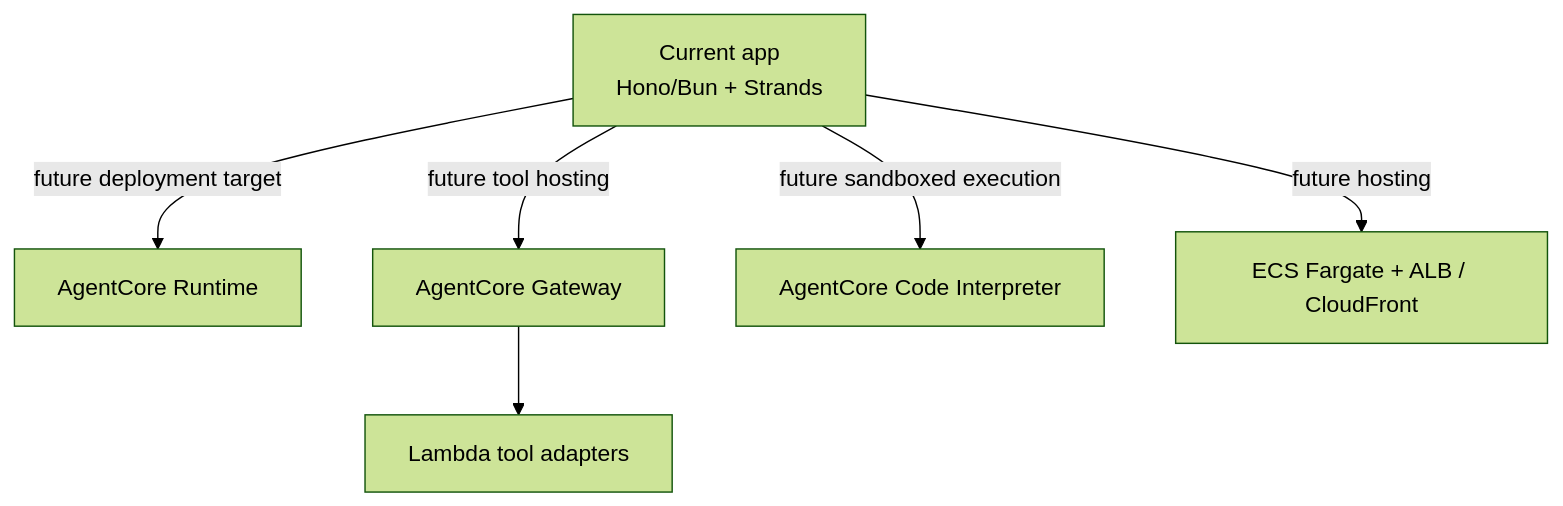
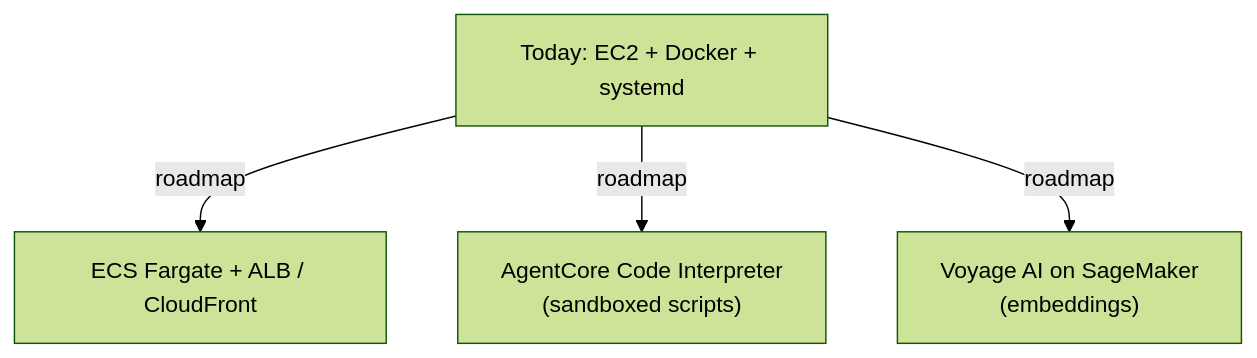
Before and after one commit to mongodb-partners/Multi-Agent-Architectural-Guidance-Bedrock-AgentCore: the third of 4 diagrams in docs/client/technical-approach.md, drawn with Mermaid (forest theme). The commit also changed other lines of this file and 223 other files, not shown here.

````diff
--- a/docs/client/technical-approach.md
+++ b/docs/client/technical-approach.md
@@ -74,8 +75,6 @@
 ```mermaid
 flowchart TD
-    CurrentApp["Current app\nHono/Bun + Strands"] -->|"future deployment target"| AgentCoreRuntime["AgentCore Runtime"]
-    CurrentApp -->|"future tool hosting"| AgentCoreGateway["AgentCore Gateway"]
-    AgentCoreGateway --> LambdaAdapters["Lambda tool adapters"]
-    CurrentApp -->|"future sandboxed execution"| CodeInterpreter["AgentCore Code Interpreter"]
-    CurrentApp -->|"future hosting"| EcsTier["ECS Fargate + ALB / CloudFront"]
+    CurrentApp["Today: EC2 + Docker + systemd"] -->|"roadmap"| EcsTier["ECS Fargate + ALB / CloudFront"]
+    CurrentApp -->|"roadmap"| CodeInterpreter["AgentCore Code Interpreter\n(sandboxed scripts)"]
+    CurrentApp -->|"roadmap"| Voyage["Voyage AI on SageMaker\n(embeddings)"]
 ```
````
